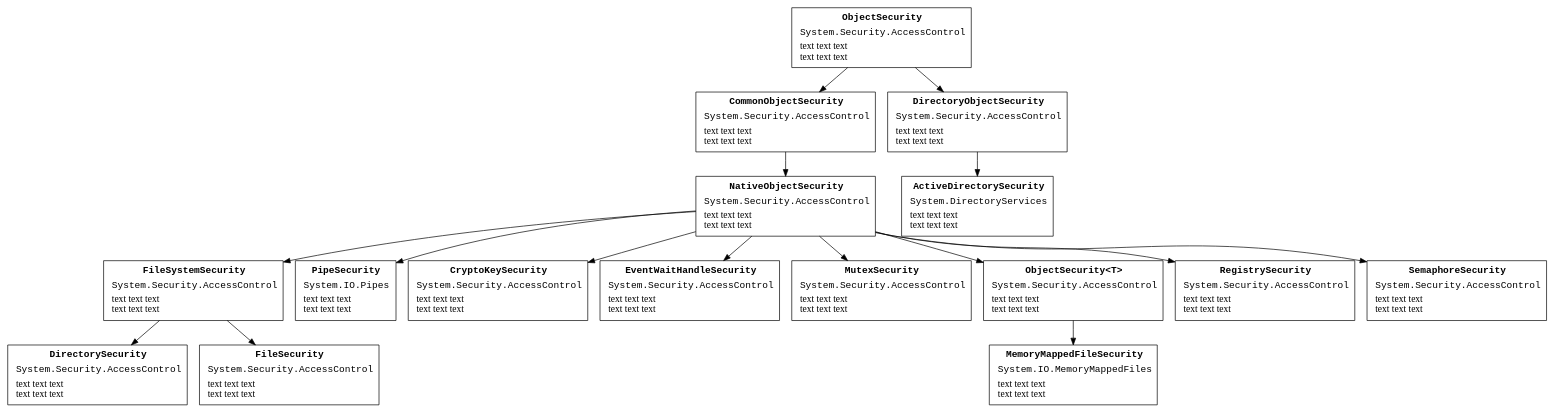
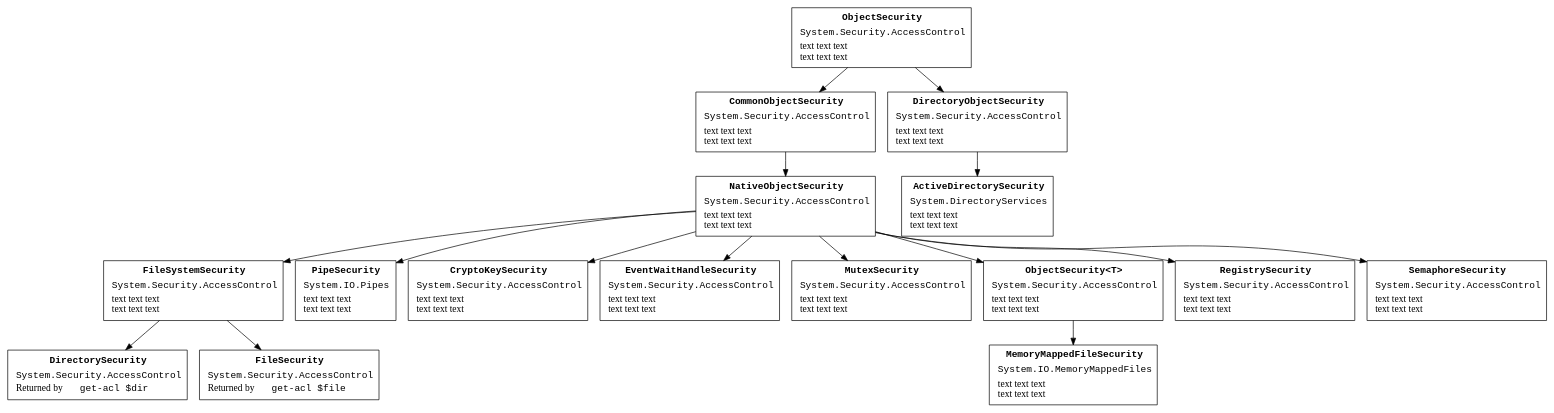
Before and after one commit to ReneNyffenegger/temp-dotNet: the diagram in namespaces/System.Security.AccessControl.ObjectSecurity.dot, drawn with Graphviz.

```diff
--- a/namespaces/System.Security.AccessControl.ObjectSecurity.dot
+++ b/namespaces/System.Security.AccessControl.ObjectSecurity.dot
@@ -1,124 +1,124 @@
 digraph hierarchy {
 
     node [ shape=box ]
 
     ObjectSecurity [ label=< <table border="0">
        <tr><td align="text"><font face="Courier"><b>ObjectSecurity</b></font></td></tr>
        <tr><td align="text"><font face="Courier">System.Security.AccessControl</font></td></tr>
        <tr><td align="text">text text text<br align="left"/>text text text<br align="left"/></td></tr></table> >
     ];
 
     CommonObjectSecurity [ label=< <table border="0">
        <tr><td align="text"><font face="Courier"><b>CommonObjectSecurity</b></font></td></tr>
        <tr><td align="text"><font face="Courier">System.Security.AccessControl</font></td></tr>
        <tr><td align="text">text text text<br align="left"/>text text text<br align="left"/></td></tr></table> >
     ];
 
     NativeObjectSecurity [ label=< <table border="0">
        <tr><td align="text"><font face="Courier"><b>NativeObjectSecurity</b></font></td></tr>
        <tr><td align="text"><font face="Courier">System.Security.AccessControl</font></td></tr>
        <tr><td align="text">text text text<br align="left"/>text text text<br align="left"/></td></tr></table> >
     ];
 
     FileSystemSecurity [ label=< <table border="0">
        <tr><td align="text"><font face="Courier"><b>FileSystemSecurity</b></font></td></tr>
        <tr><td align="text"><font face="Courier">System.Security.AccessControl</font></td></tr>
        <tr><td align="text">text text text<br align="left"/>text text text<br align="left"/></td></tr></table> >
     ];
 
     DirectorySecurity [ label=< <table border="0">
        <tr><td align="text"><font face="Courier"><b>DirectorySecurity</b></font></td></tr>
        <tr><td align="text"><font face="Courier">System.Security.AccessControl</font></td></tr>
-       <tr><td align="text">text text text<br align="left"/>text text text<br align="left"/></td></tr></table> >
+       <tr><td align="text">Returned by <font face="Courier">get-acl $dir</font><br align="left"/></td></tr></table> >
     ];
 
     FileSecurity [ label=< <table border="0">
        <tr><td align="text"><font face="Courier"><b>FileSecurity</b></font></td></tr>
        <tr><td align="text"><font face="Courier">System.Security.AccessControl</font></td></tr>
-       <tr><td align="text">text text text<br align="left"/>text text text<br align="left"/></td></tr></table> >
+       <tr><td align="text">Returned by <font face="Courier">get-acl $file</font><br align="left"/></td></tr></table> >
     ];
 
     PipeSecurity [ label=< <table border="0">
        <tr><td align="text"><font face="Courier"><b>PipeSecurity</b></font></td></tr>
        <tr><td align="text"><font face="Courier">System.IO.Pipes</font></td></tr>
        <tr><td align="text">text text text<br align="left"/>text text text<br align="left"/></td></tr></table> >
     ];
 
     CryptoKeySecurity [ label=< <table border="0">
        <tr><td align="text"><font face="Courier"><b>CryptoKeySecurity</b></font></td></tr>
        <tr><td align="text"><font face="Courier">System.Security.AccessControl</font></td></tr>
        <tr><td align="text">text text text<br align="left"/>text text text<br align="left"/></td></tr></table> >
     ]
 
     EventWaitHandleSecurity [ label=< <table border="0">
        <tr><td align="text"><font face="Courier"><b>EventWaitHandleSecurity</b></font></td></tr>
        <tr><td align="text"><font face="Courier">System.Security.AccessControl</font></td></tr>
        <tr><td align="text">text text text<br align="left"/>text text text<br align="left"/></td></tr></table> >
     ]
 
     MutexSecurity [ label=< <table border="0">
        <tr><td align="text"><font face="Courier"><b>MutexSecurity</b></font></td></tr>
        <tr><td align="text"><font face="Courier">System.Security.AccessControl</font></td></tr>
        <tr><td align="text">text text text<br align="left"/>text text text<br align="left"/></td></tr></table> >
     ]
 
     ObjectSecurity_T [ label=< <table border="0">
        <tr><td align="text"><font face="Courier"><b>ObjectSecurity&lt;T&gt;</b></font></td></tr>
        <tr><td align="text"><font face="Courier">System.Security.AccessControl</font></td></tr>
        <tr><td align="text">text text text<br align="left"/>text text text<br align="left"/></td></tr></table> >
     ];
 
     RegistrySecurity [ label=< <table border="0">
        <tr><td align="text"><font face="Courier"><b>RegistrySecurity</b></font></td></tr>
        <tr><td align="text"><font face="Courier">System.Security.AccessControl</font></td></tr>
        <tr><td align="text">text text text<br align="left"/>text text text<br align="left"/></td></tr></table> >
     ];
 
     SemaphoreSecurity [ label=< <table border="0">
        <tr><td align="text"><font face="Courier"><b>SemaphoreSecurity</b></font></td></tr>
        <tr><td align="text"><font face="Courier">System.Security.AccessControl</font></td></tr>
        <tr><td align="text">text text text<br align="left"/>text text text<br align="left"/></td></tr></table> >
     ];
 
     DirectoryObjectSecurity [ label=< <table border="0">
        <tr><td align="text"><font face="Courier"><b>DirectoryObjectSecurity</b></font></td></tr>
        <tr><td align="text"><font face="Courier">System.Security.AccessControl</font></td></tr>
        <tr><td align="text">text text text<br align="left"/>text text text<br align="left"/></td></tr></table> >
     ];
 
     ActiveDirectorySecurity [ label=< <table border="0">
        <tr><td align="text"><font face="Courier"><b>ActiveDirectorySecurity</b></font></td></tr>
        <tr><td align="text"><font face="Courier">System.DirectoryServices</font></td></tr>
        <tr><td align="text">text text text<br align="left"/>text text text<br align="left"/></td></tr></table> >
     ];
 
     MemoryMappedFileSecurity [ label=< <table border="0">
        <tr><td align="text"><font face="Courier"><b>MemoryMappedFileSecurity</b></font></td></tr>
        <tr><td align="text"><font face="Courier">System.IO.MemoryMappedFiles</font></td></tr>
        <tr><td align="text">text text text<br align="left"/>text text text<br align="left"/></td></tr></table> >
     ];
 
 
     ObjectSecurity -> CommonObjectSecurity
     ObjectSecurity -> DirectoryObjectSecurity
     CommonObjectSecurity -> NativeObjectSecurity
 
     DirectoryObjectSecurity -> ActiveDirectorySecurity
 
     NativeObjectSecurity -> PipeSecurity
     NativeObjectSecurity -> CryptoKeySecurity
     NativeObjectSecurity -> EventWaitHandleSecurity
     NativeObjectSecurity -> FileSystemSecurity
     NativeObjectSecurity -> MutexSecurity
     NativeObjectSecurity -> ObjectSecurity_T
     NativeObjectSecurity -> RegistrySecurity
     NativeObjectSecurity -> SemaphoreSecurity
 
     FileSystemSecurity -> DirectorySecurity
     FileSystemSecurity -> FileSecurity
 
     ObjectSecurity_T -> MemoryMappedFileSecurity
 
 
 
 }
```
